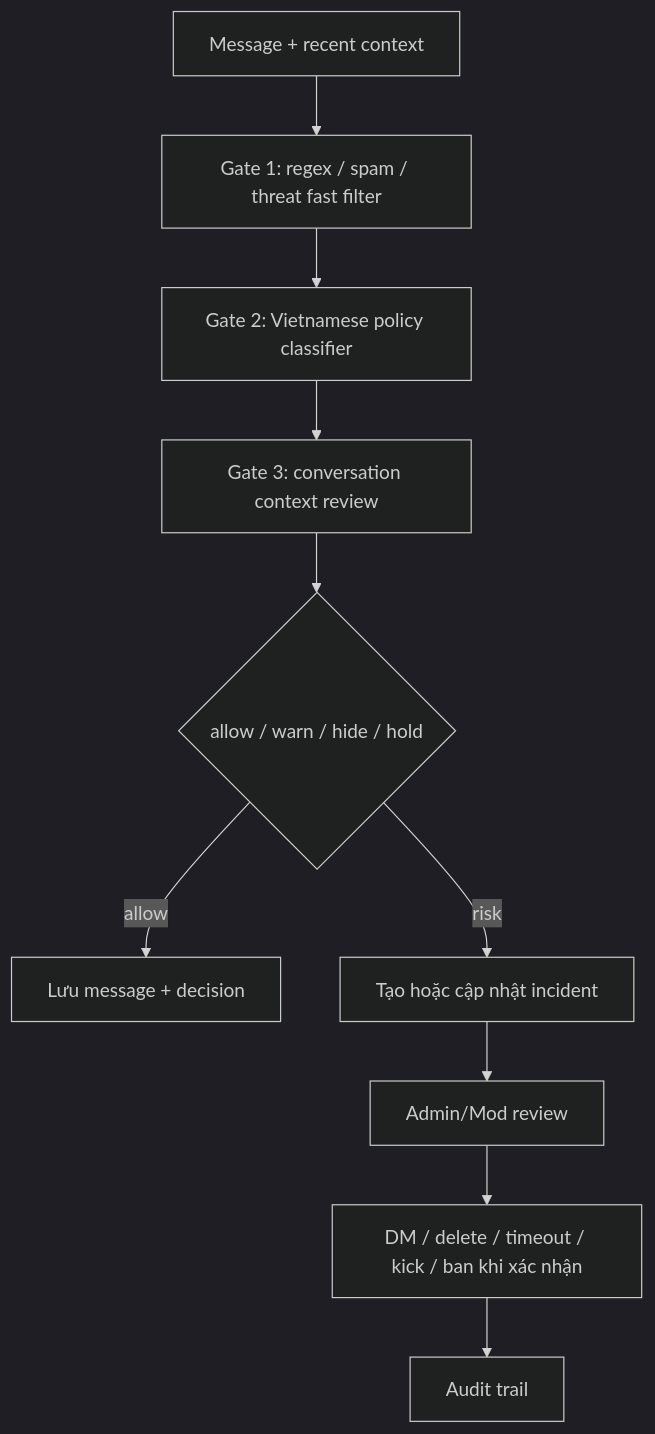
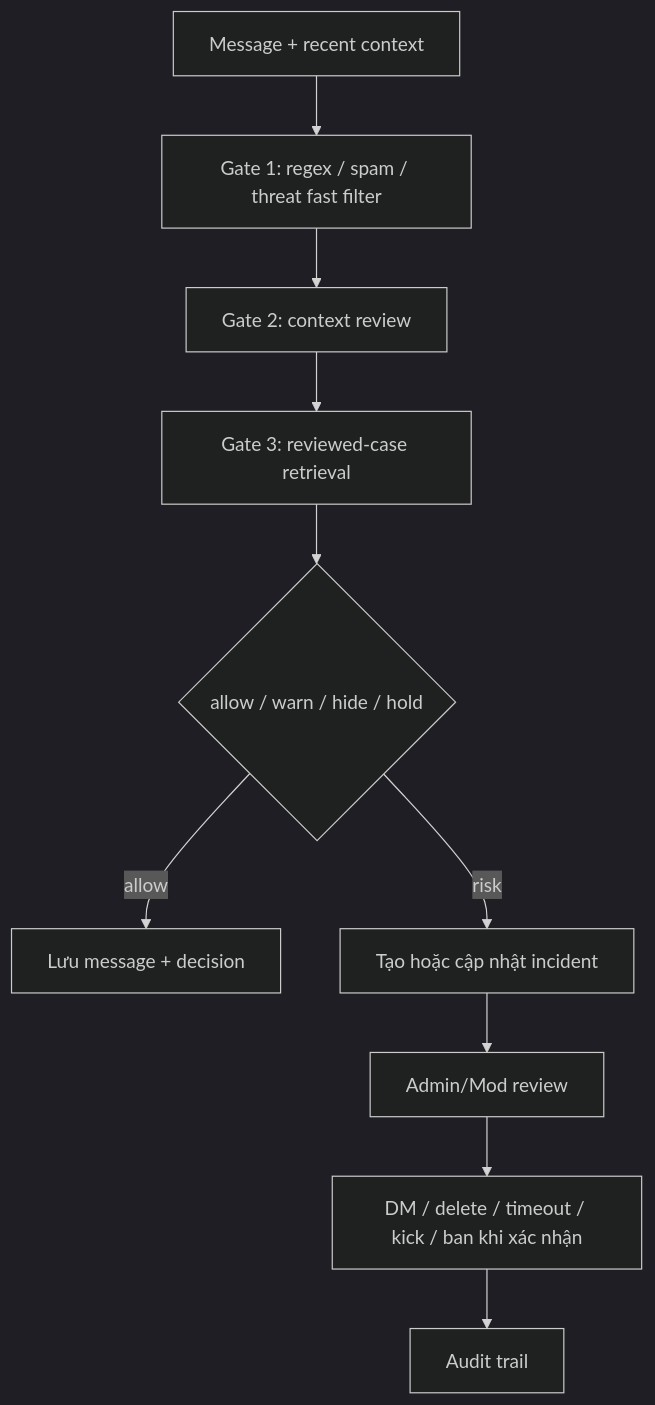
One commit to thanq204/ChatBot-THO changed the third of 4 diagrams in docs/architecture_diagram.md. Above: the diagram before and after it, drawn with Mermaid (dark theme). The commit also changed other lines of this file and 43 other files, not shown here.

Commit message:
feat: sync runtime flow and Supabase data docs

````diff
--- a/docs/architecture_diagram.md
+++ b/docs/architecture_diagram.md
@@ -56,12 +56,12 @@
 ```mermaid
 flowchart TD
     Message["Message + recent context"] --> Gate1["Gate 1: regex / spam / threat fast filter"]
-    Gate1 --> Gate2["Gate 2: Vietnamese policy classifier"]
-    Gate2 --> Gate3["Gate 3: conversation context review"]
+    Gate1 --> Gate2["Gate 2: context review"]
+    Gate2 --> Gate3["Gate 3: reviewed-case retrieval"]
     Gate3 --> Decision{"allow / warn / hide / hold"}
     Decision -->|"allow"| Persist["Lưu message + decision"]
     Decision -->|"risk"| Incident["Tạo hoặc cập nhật incident"]
     Incident --> Review["Admin/Mod review"]
     Review --> Action["DM / delete / timeout / kick / ban khi xác nhận"]
     Action --> Audit["Audit trail"]
 ```
````
